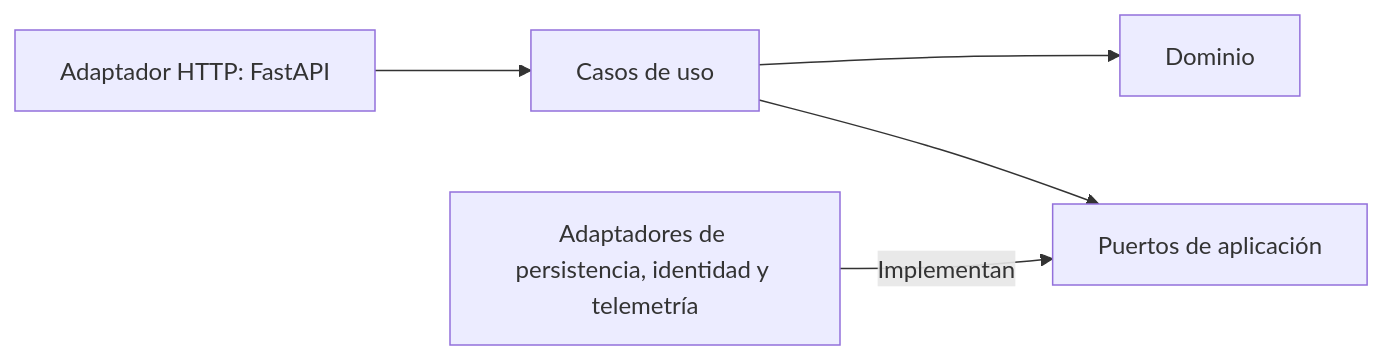
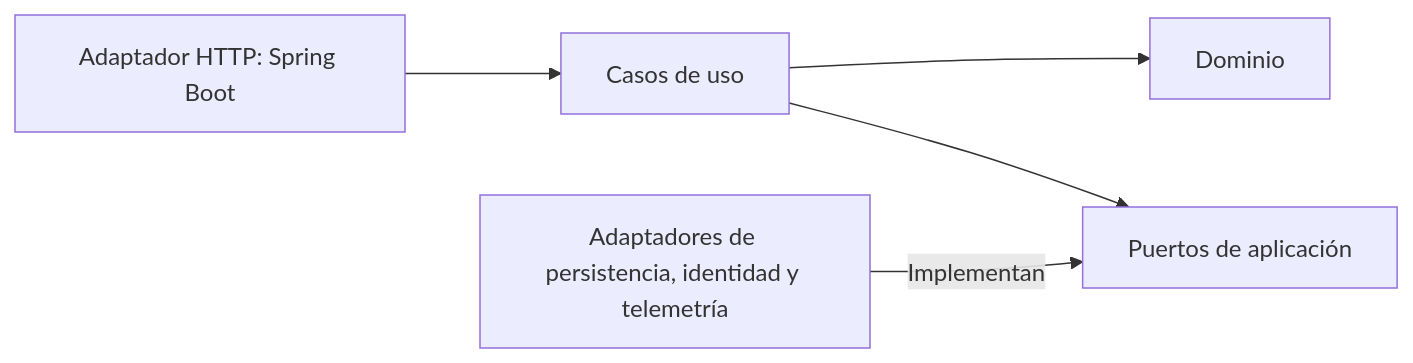
Before and after one commit to BryanSilva99/centro-salud-administrativo: the second of 2 diagrams in docs/ARQUITECTURA.md, drawn with Mermaid. The commit also changed other lines of this file and 104 other files, not shown here.

Commit message:
docs: ajustar estructura a Java Spring Boot y React

````diff
--- a/docs/ARQUITECTURA.md
+++ b/docs/ARQUITECTURA.md
@@ -29,7 +29,7 @@
 ```mermaid
 flowchart LR
-    H[Adaptador HTTP: FastAPI] --> A[Casos de uso]
+    H[Adaptador HTTP: Spring Boot] --> A[Casos de uso]
     A --> D[Dominio]
     A --> P[Puertos de aplicación]
     I[Adaptadores de persistencia, identidad y telemetría] -->|Implementan| P
 ```
````
